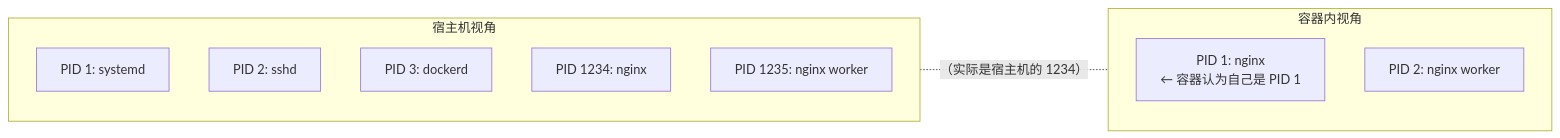
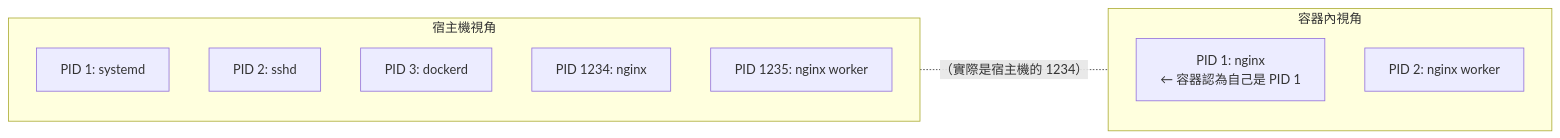
Before and after one commit to doggy8088/docker_practice: the first of 3 diagrams in 12_implementation/12.2_namespace.md, drawn with Mermaid. The commit also changed other lines of this file and 211 other files, not shown here.

````diff
--- a/12_implementation/12.2_namespace.md
+++ b/12_implementation/12.2_namespace.md
@@ -9,19 +9,19 @@
 ```mermaid
 flowchart LR
-    subgraph Host ["宿主机视角"]
+    subgraph Host ["宿主機視角"]
         direction TB
         H1["PID 1: systemd"]
         H2["PID 2: sshd"]
         H3["PID 3: dockerd"]
         H4["PID 1234: nginx"]
         H5["PID 1235: nginx worker"]
     end
 
-    subgraph Container ["容器内视角"]
+    subgraph Container ["容器內視角"]
         direction TB
-        C1["PID 1: nginx<br/>← 容器认为自己是 PID 1"]
+        C1["PID 1: nginx<br/>← 容器認為自己是 PID 1"]
         C2["PID 2: nginx worker"]
     end
 
-    H4 -. "（实际是宿主机的 1234）" .- C1
+    H4 -. "（實際是宿主機的 1234）" .- C1
 ```
````
